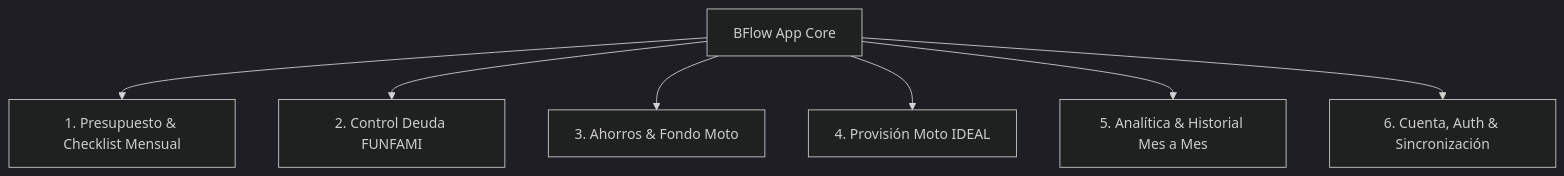
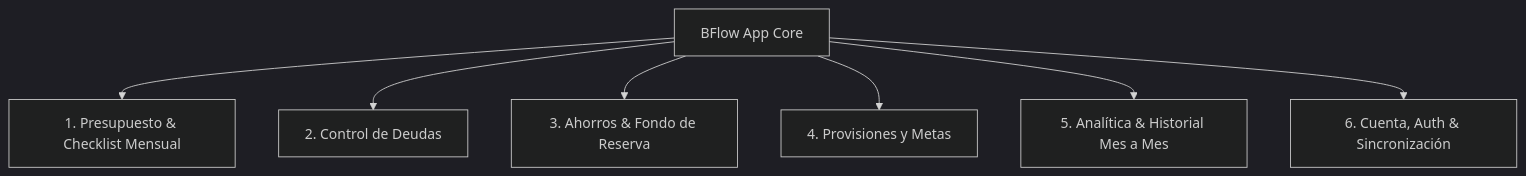
The diagram in README.md (AleBer2303/BFlow), drawn with Mermaid (dark theme) before and after one commit. The commit also changed other lines of this file and 13 other files, not shown here.

````diff
--- a/README.md
+++ b/README.md
@@ -52,9 +52,9 @@
 ```mermaid
 graph TD
     A[BFlow App Core] --> B[1. Presupuesto & Checklist Mensual]
-    A --> C[2. Control Deuda FUNFAMI]
-    A --> D[3. Ahorros & Fondo Moto]
-    A --> E[4. Provisión Moto IDEAL]
+    A --> C[2. Control de Deudas]
+    A --> D[3. Ahorros & Fondo de Reserva]
+    A --> E[4. Provisiones y Metas]
     A --> F[5. Analítica & Historial Mes a Mes]
     A --> G[6. Cuenta, Auth & Sincronización]
 ```
````
